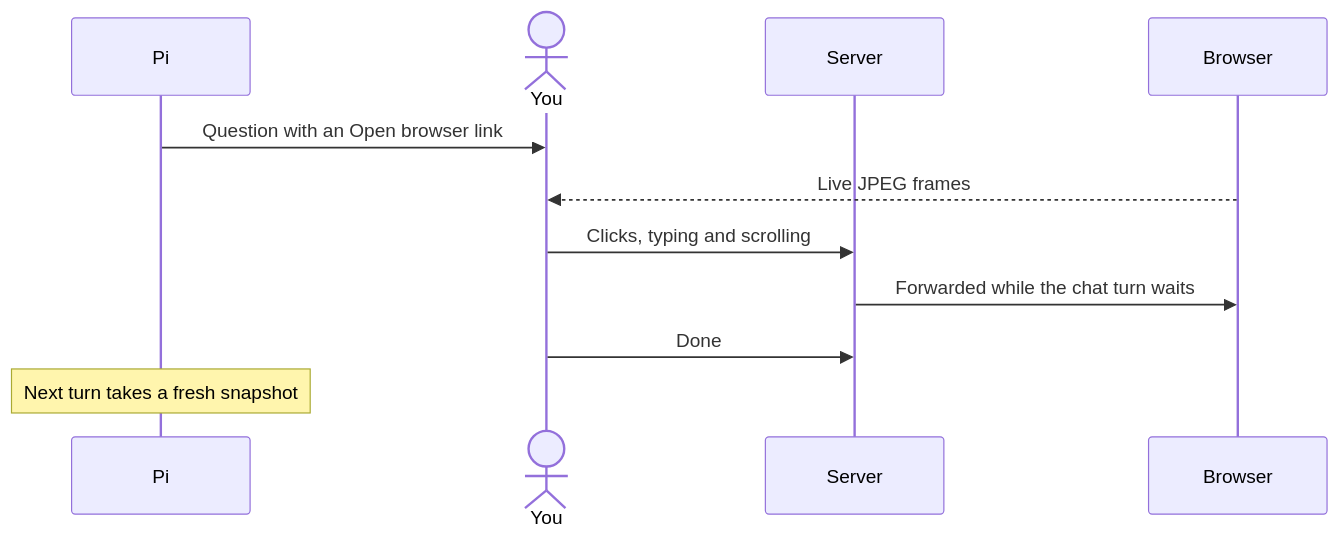
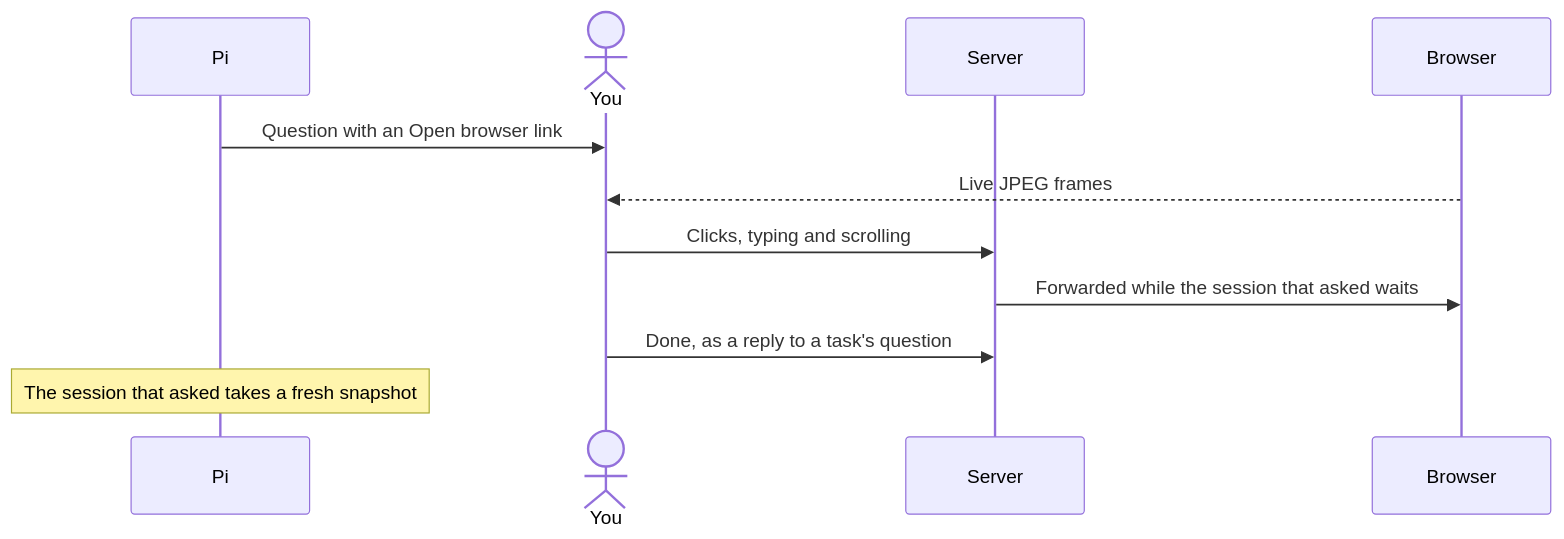
The second of 2 diagrams in docs/src/content/docs/how-it-works/sandbox-and-browser.md (n8n-io/nod), drawn with Mermaid before and after one commit. The commit also changed other lines of this file and 14 other files, not shown here.

First line of the commit message:
feat(tasks): WP-21 hand a task's browser to the owner

````diff
--- a/docs/src/content/docs/how-it-works/sandbox-and-browser.md
+++ b/docs/src/content/docs/how-it-works/sandbox-and-browser.md
@@ -107,13 +107,13 @@
 ```mermaid
 sequenceDiagram
   participant Pi
   actor You
   participant Server
   participant Browser
   Pi->>You: Question with an Open browser link
   Browser-->>You: Live JPEG frames
   You->>Server: Clicks, typing and scrolling
-  Server->>Browser: Forwarded while the chat turn waits
-  You->>Server: Done
-  Note over Pi: Next turn takes a fresh snapshot
+  Server->>Browser: Forwarded while the session that asked waits
+  You->>Server: Done, as a reply to a task's question
+  Note over Pi: The session that asked takes a fresh snapshot
 ```
````
